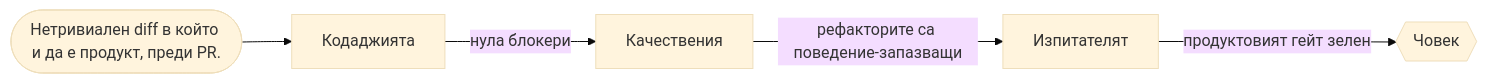
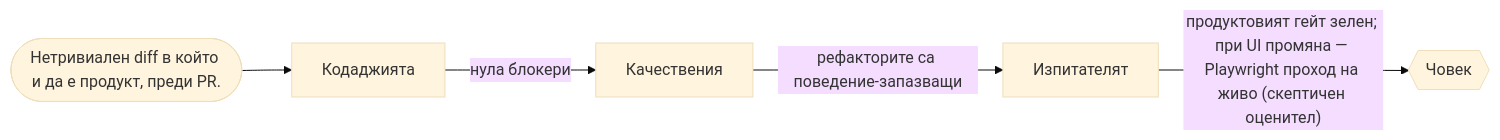
Before and after one commit to stefkostefko92-ux/Few-few: the second of 9 diagrams in .claude/agents/_teams.md, drawn with Mermaid (base theme). The commit also changed other lines of this file and 9 other files, not shown here.

First line of the commit message:
feat(агенти): скептичен оценител в UI потоците, запазена вълна за пресверка, sandbox за машината на собственика

````diff
--- a/.claude/agents/_teams.md
+++ b/.claude/agents/_teams.md
@@ -91,12 +91,12 @@
 ```mermaid
 flowchart LR
   start(["Нетривиален diff в който и да е продукт, преди PR."])
   s0["Кодаджията"]
   s1["Качествения"]
   s2["Изпитателят"]
   h{{"Човек"}}
   start --> s0
   s0 -- "нула блокери" --> s1
   s1 -- "рефакторите са поведение-запазващи" --> s2
-  s2 -- "продуктовият гейт зелен" --> h
+  s2 -- "продуктовият гейт зелен; при UI промяна — Playwright проход на живо (скептичен оценител)" --> h
 ```
````
